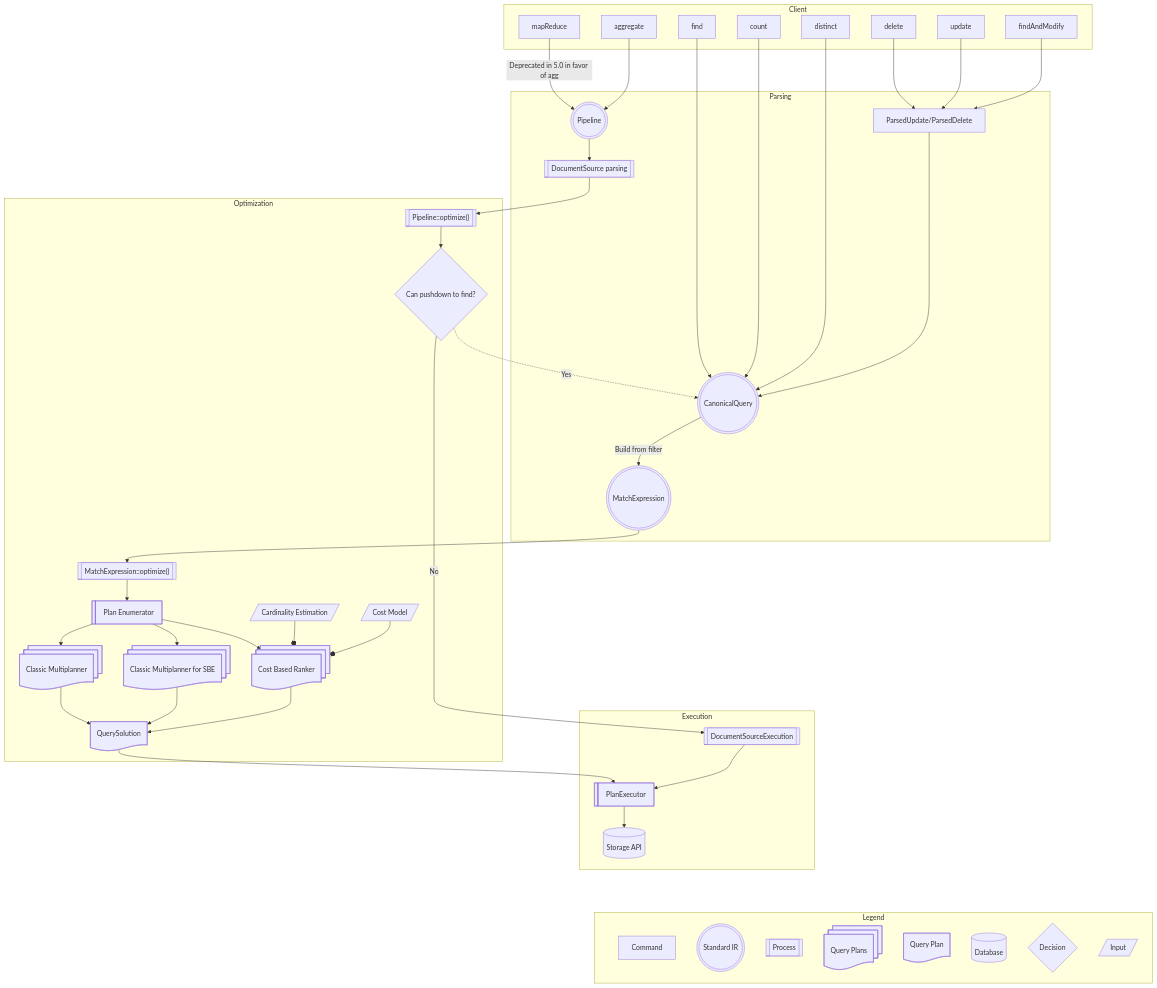
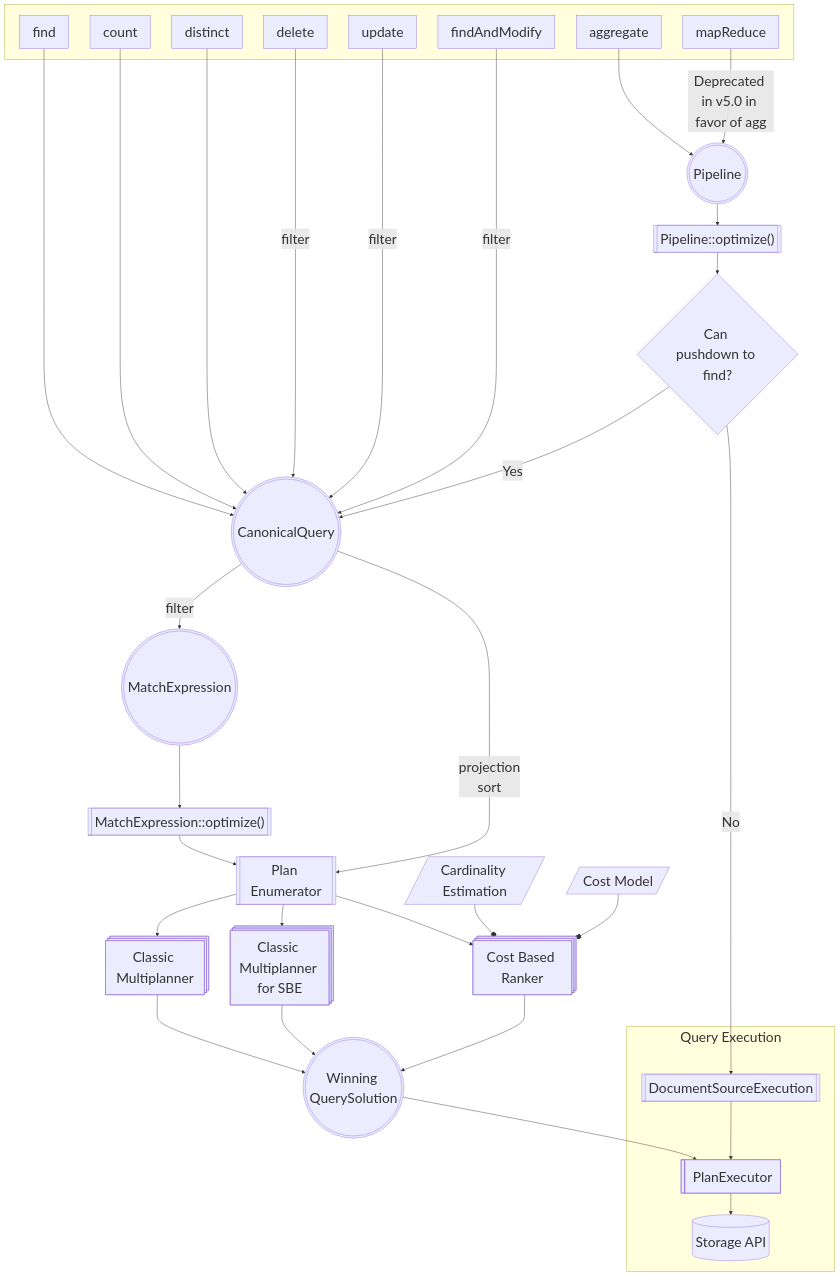
The diagram in src/mongo/db/query/README_QO.md (MitsukiSUGITA/my_mongoDB), drawn with Mermaid before and after one commit. The commit also changed 8 other files, not shown here.

````diff
--- a/src/mongo/db/query/README_QO.md
+++ b/src/mongo/db/query/README_QO.md
@@ -57,90 +57,63 @@
 ```mermaid
-graph TD
-  %% Client Section
-  subgraph Client
-    A1[mapReduce]
-    A2[aggregate]
-    A3[find]
-    A4[count]
-    A5[distinct]
-    A6[delete]
-    A7[update]
-    A8[findAndModify]
+---
+config:
+  themeVariables:
+    fontSize: 32px
+---
+flowchart TD
+ subgraph Client[" "]
+        mr["mapReduce"]
+        agg["aggregate"]
+        find["find"]
+        count["count"]
+        dist["distinct"]
+        del["delete"]
+        update["update"]
+        fam["findAndModify"]
   end
-  %% Parsing Section
-  subgraph Parsing
-    B1@{ shape: dbl-circ, label: Pipeline }
-    B2@{ shape: subproc, label: "DocumentSource parsing" }
-    B3@{ shape: dbl-circ, label: "CanonicalQuery" }
-    B4[ParsedUpdate/ParsedDelete]
-    B5@{ shape: dbl-circ, label: "MatchExpression" }
+ subgraph s1["Query Execution"]
+        D1["DocumentSourceExecution"]
+        D2["PlanExecutor"]
+        D3["Storage API"]
   end
-  %% Optimization Section
-  subgraph Optimization
-    C1@{ shape: subproc, label: "MatchExpression::optimize()" }
-    C2@{ shape: subproc, label: "Pipeline::optimize()" }
-    C3@{ shape: lin-rect, label: "Plan Enumerator" }
-    C4@{ shape: docs, label: "Classic Multiplanner" }
-    C5@{ shape: docs, label: "Classic Multiplanner for SBE" }
-    C6@{ shape: docs, label: "Cost Based Ranker" }
-    C7@{ shape: lean-r, label: "Cardinality Estimation" }
-    C8@{ shape: lean-r, label: "Cost Model" }
-    C11{Can pushdown to find?}
-    C12@{ shape: doc, label: "QuerySolution" }
-  end
-  %% Execution Section
-  subgraph Execution
-    D1@{ shape: subproc, label: "DocumentSourceExecution" }
-    D2@{ shape: lin-rect, label: "PlanExecutor" }
-    D3@{ shape: cyl, label: "Storage API" }
-  end
-  subgraph Legend
-    E13@{ shape: "rectangle", label: "Command"}
-    E14@{ shape: "dbl-circ", label: "Standard IR"}
-    E15@{ shape: subproc, label: "Process" }
-    E16@{ shape: docs, label: "Query Plans"}
-    E20@{ shape: doc, label: "Query Plan"}
-    E17@{ shape: cyl, label: "Database" }
-    E18{Decision}
-    E19@{ shape: lean-r, label: "Input" }
-  end
-  %% Client to Parsing Links
-  A1 -- Deprecated in 5.0 in favor of agg --> B1
-  A2 --> B1
-  A3 --> B3
-  A4 --> B3
-  A5 --> B3
-  A6 --> B4
-  A7 --> B4
-  A8 --> B4
-  %% Parsing Links
-  B1 --> B2
-  B4 --> B3
-  B3 -- Build from filter --> B5
-  %% Parsing to Optimization Links
-  B2 --> C2
-  B5 --> C1
-  %% Optimization Links
-  C1 --> C3
-  C3 --> C4
-  C3 --> C5
-  C3 --> C6
-  C7 --o C6
-  C8 --o C6
-  C4 --> C12
-  C5 --> C12
-  C6 --> C12
-  C2 --> C11
-  %% Optimization to Parsing Links
-  C11 -.-> |Yes| B3
-  %% Optimization to Execution Links
-  C12 --> D2
-  C11 --> |No| D1
-  %% Execution Links
-  D1 --> D2
-  D2 --> D3
-  %% Invisible Links for Formatting
-  B3 ~~~~ Execution
-  Execution ~~~~ Legend
-  D3 ~~~~ E13
+    find --> cq["CanonicalQuery"]
+    count --> cq
+    dist --> cq
+    cq -- filter --> me["MatchExpression"]
+    del -- filter --> cq
+    update -- filter --> cq
+    fam -- filter --> cq
+    me --> C1["MatchExpression::optimize()"]
+    C1 --> C3["Plan Enumerator"]
+    C3 --> C4["Classic Multiplanner"] & C5["Classic Multiplanner for SBE"] & C6["Cost Based Ranker"]
+    C7["Cardinality Estimation"] --o C6
+    C8["Cost Model"] --o C6
+    C4 --> C12["Winning QuerySolution"]
+    C5 --> C12
+    C6 --> C12
+    C11{"Can pushdown to find?"} -- Yes --> cq
+    C12 --> D2
+    C11 -- No --> D1
+    D1 --> D2
+    D2 --> D3
+    n1["Pipeline::optimize()"] --> C11
+    agg --> B1["Pipeline"]
+    mr -- "Deprecated in v5.0 in favor of agg" --> B1
+    cq -- "projection<br>sort" --> C3
+    B1 --> n1
+    D1@{ shape: subproc}
+    D2@{ shape: lin-rect}
+    D3@{ shape: cyl}
+    cq@{ shape: dbl-circ}
+    me@{ shape: dbl-circ}
+    B1@{ shape: dbl-circ}
+    C1@{ shape: subproc}
+    C3@{ shape: subproc}
+    C4@{ shape: procs}
+    C5@{ shape: procs}
+    C6@{ shape: procs}
+    C7@{ shape: lean-r}
+    C8@{ shape: lean-r}
+    C12@{ shape: dbl-circ}
+    n1@{ shape: subproc}
 ```
````
